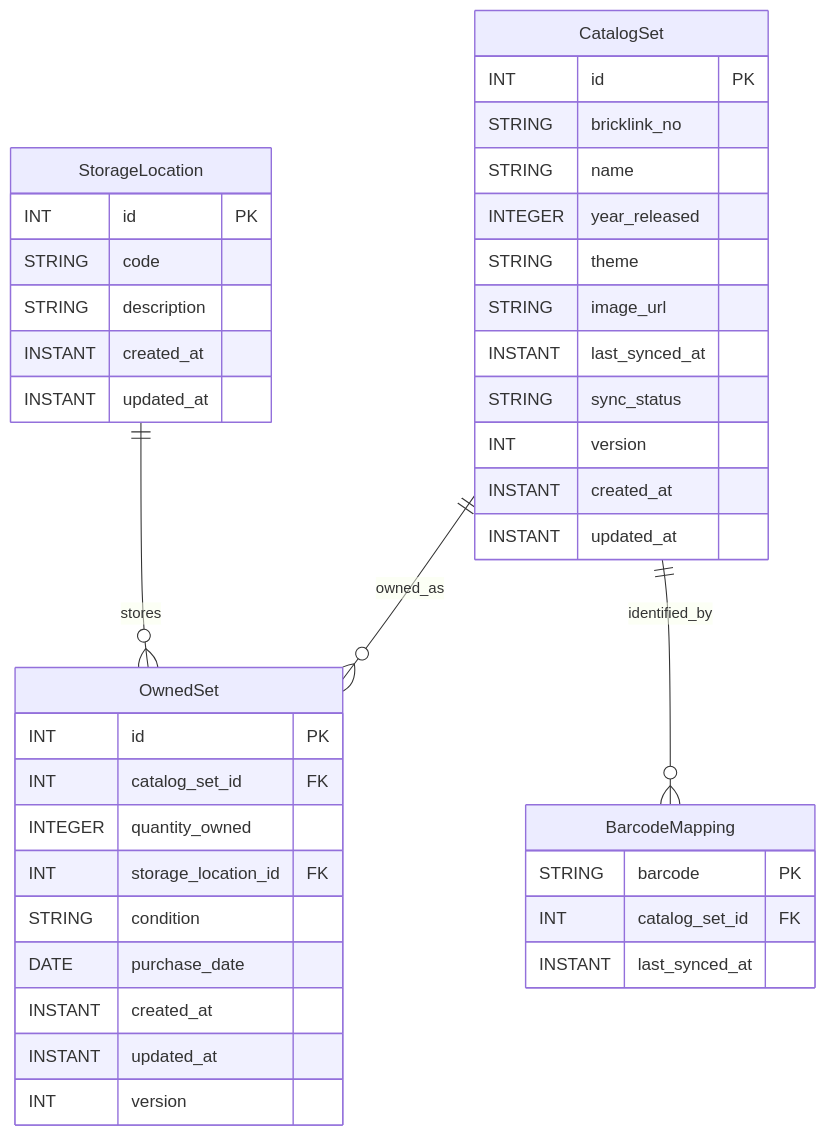
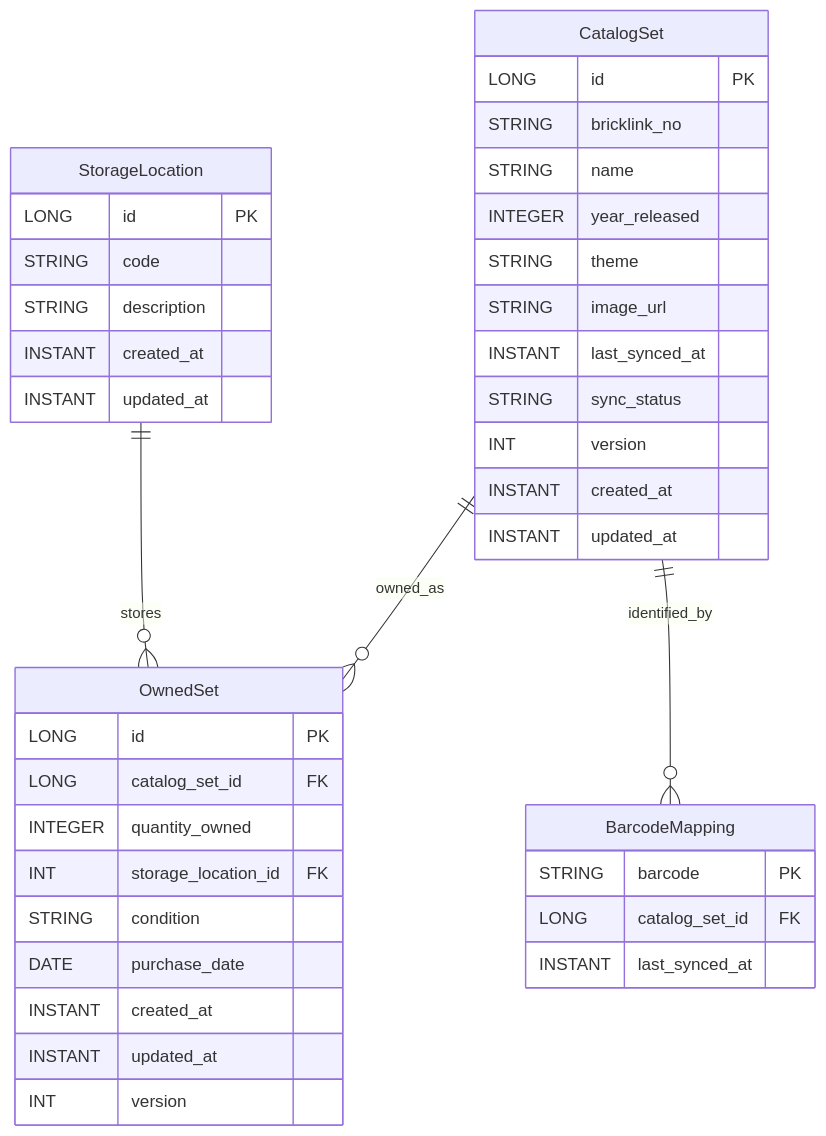
The diagram in applications/inventory/docs/set_inventory/inventory-domain-er.mmd (BriarCarlile/All_Things_Lego), drawn with Mermaid before and after one commit. The commit also changed 8 other files, not shown here.

```diff
--- a/applications/inventory/docs/set_inventory/inventory-domain-er.mmd
+++ b/applications/inventory/docs/set_inventory/inventory-domain-er.mmd
@@ -1,45 +1,45 @@
 erDiagram
 
     CatalogSet ||--o{ OwnedSet : owned_as
     StorageLocation ||--o{ OwnedSet : stores
     CatalogSet ||--o{ BarcodeMapping : identified_by
 
     CatalogSet {
-        INT id PK
+        LONG id PK
         STRING bricklink_no
         STRING name
         INTEGER year_released
         STRING theme
         STRING image_url
         INSTANT last_synced_at
         STRING sync_status
         INT version
         INSTANT created_at
         INSTANT updated_at
     }
 
     OwnedSet {
-        INT id PK
-        INT catalog_set_id FK
+        LONG id PK
+        LONG catalog_set_id FK
         INTEGER quantity_owned
         INT storage_location_id FK
         STRING condition
         DATE purchase_date
         INSTANT created_at
         INSTANT updated_at
         INT version
     }
 
     StorageLocation {
-        INT id PK
+        LONG id PK
         STRING code
         STRING description
         INSTANT created_at
         INSTANT updated_at
     }
 
     BarcodeMapping {
         STRING barcode PK
-        INT catalog_set_id FK
+        LONG catalog_set_id FK
         INSTANT last_synced_at
     }
```
